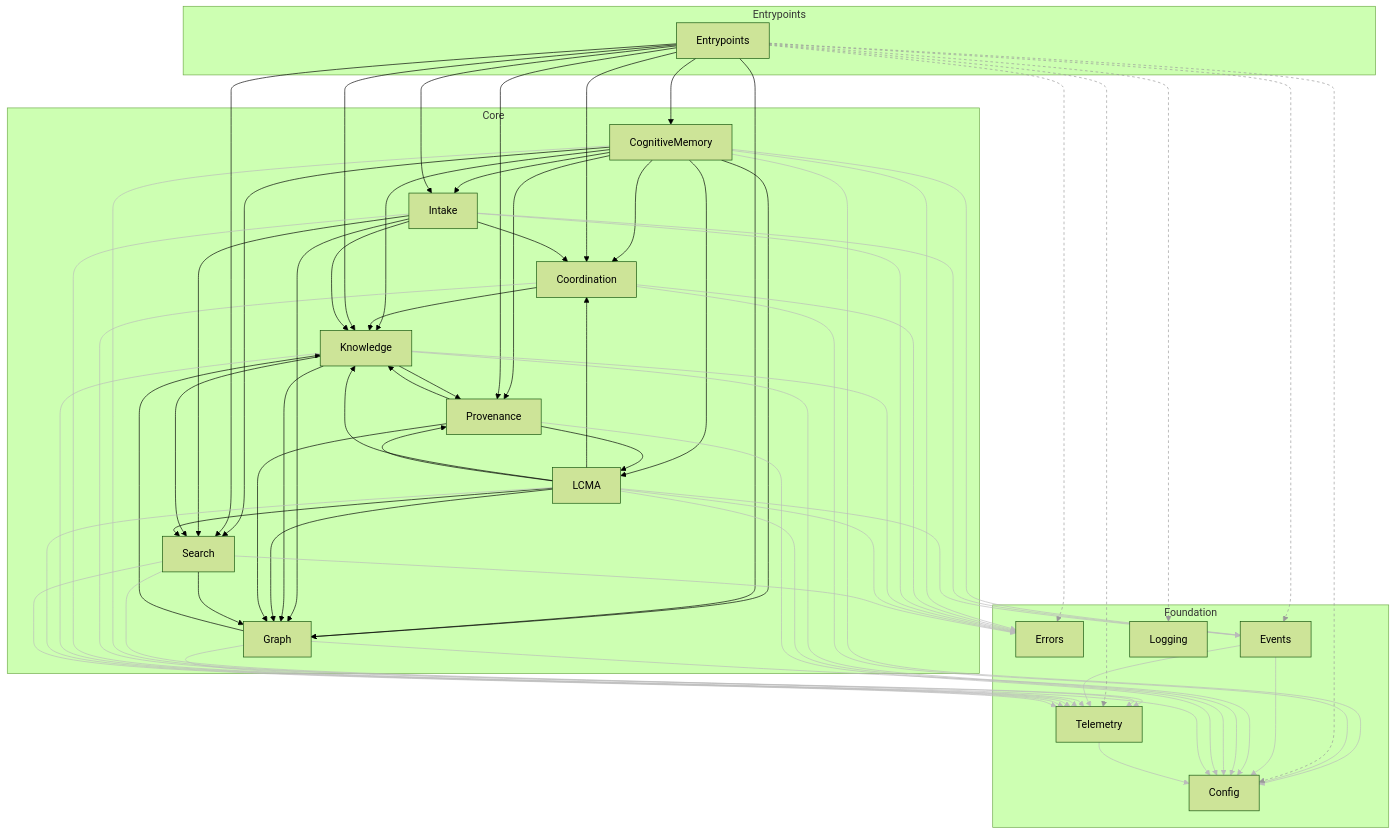
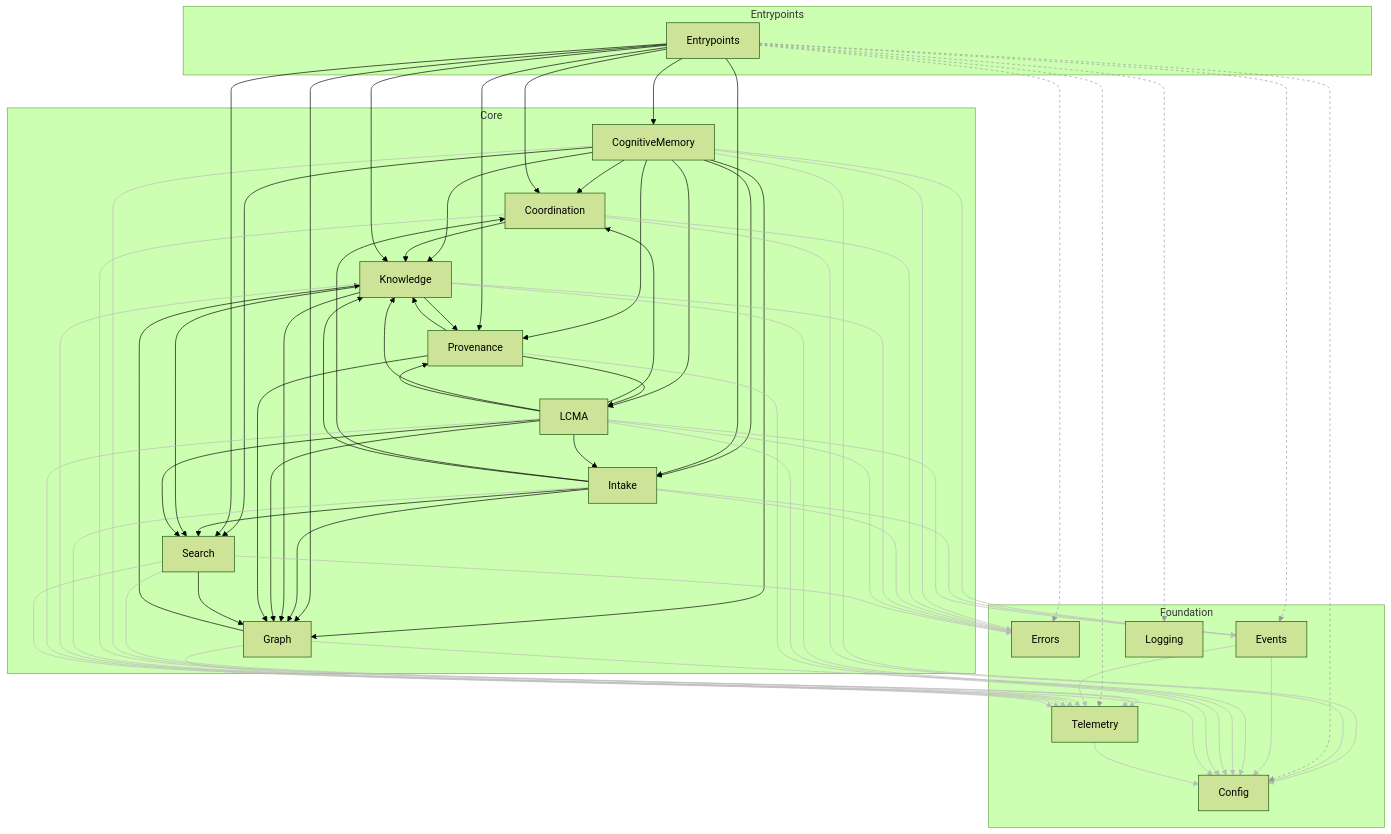
Before and after one commit to agent-lore/lithos: the diagram in docs/generated/architecture.md, drawn with Mermaid (forest theme). The commit also changed 12 other files, not shown here.

````diff
--- a/docs/generated/architecture.md
+++ b/docs/generated/architecture.md
@@ -89,6 +89,7 @@
   LCMA --> Errors
   LCMA --> Events
   LCMA --> Graph
+  LCMA --> Intake
   LCMA --> Knowledge
   LCMA --> Provenance
   LCMA --> Search
@@ -127,10 +128,10 @@
   linkStyle 45 stroke:#bbb
   linkStyle 47 stroke:#bbb
   linkStyle 48 stroke:#bbb
-  linkStyle 53 stroke:#bbb
   linkStyle 54 stroke:#bbb
-  linkStyle 58 stroke:#bbb
+  linkStyle 55 stroke:#bbb
   linkStyle 59 stroke:#bbb
-  linkStyle 61 stroke:#bbb
+  linkStyle 60 stroke:#bbb
   linkStyle 62 stroke:#bbb
+  linkStyle 63 stroke:#bbb
 ```
````
